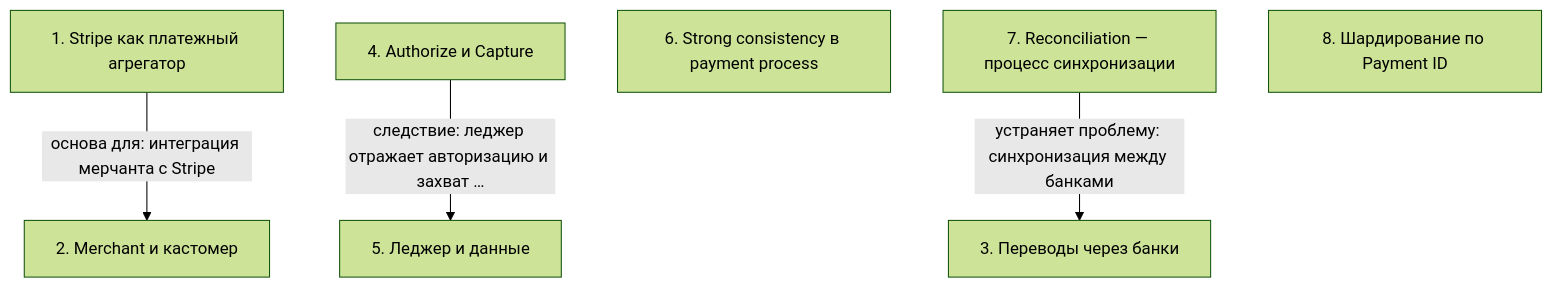
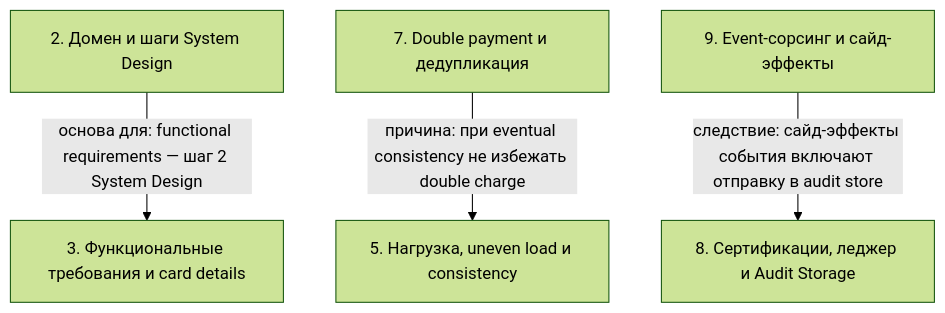
One commit to AsoloCode/notes changed the diagram in SSL.BAND Систем Дизайн/08 - Семинары — stripe_system_design/notes.md. Above: the diagram before and after it, drawn with Mermaid (forest theme). The commit also changed other lines of this file and 391 other files, not shown here.

First line of the commit message:
Обновить конспекты: переделанные версии «Глубокий GO» и System Design

````diff
--- a/SSL.BAND Систем Дизайн/08 - Семинары — stripe_system_design/notes.md
+++ b/SSL.BAND Систем Дизайн/08 - Семинары — stripe_system_design/notes.md
@@ -89,14 +180,12 @@
 ```mermaid
 flowchart TD
-    n1["1. Stripe как платежный агрегатор"]
-    n2["2. Merchant и кастомер"]
-    n3["3. Переводы через банки"]
-    n4["4. Authorize и Capture"]
-    n5["5. Леджер и данные"]
-    n6["6. Strong consistency в payment process"]
-    n7["7. Reconciliation — процесс синхронизации"]
-    n8["8. Шардирование по Payment ID"]
-    n1 -->|основа для: интеграция мерчанта с Stripe| n2
-    n4 -->|следствие: леджер отражает авторизацию и захват …| n5
-    n7 -->|устраняет проблему: синхронизация между банками| n3
+    n2["2. Домен и шаги System Design"]
+    n3["3. Функциональные требования и card details"]
+    n5["5. Нагрузка, uneven load и consistency"]
+    n7["7. Double payment и дедупликация"]
+    n8["8. Сертификации, леджер и Audit Storage"]
+    n9["9. Event-сорсинг и сайд-эффекты"]
+    n2 -->|основа для: functional requirements — шаг 2 System Design| n3
+    n7 -->|причина: при eventual consistency не избежать double charge| n5
+    n9 -->|следствие: сайд-эффекты события включают отправку в audit store| n8
 ```
````
